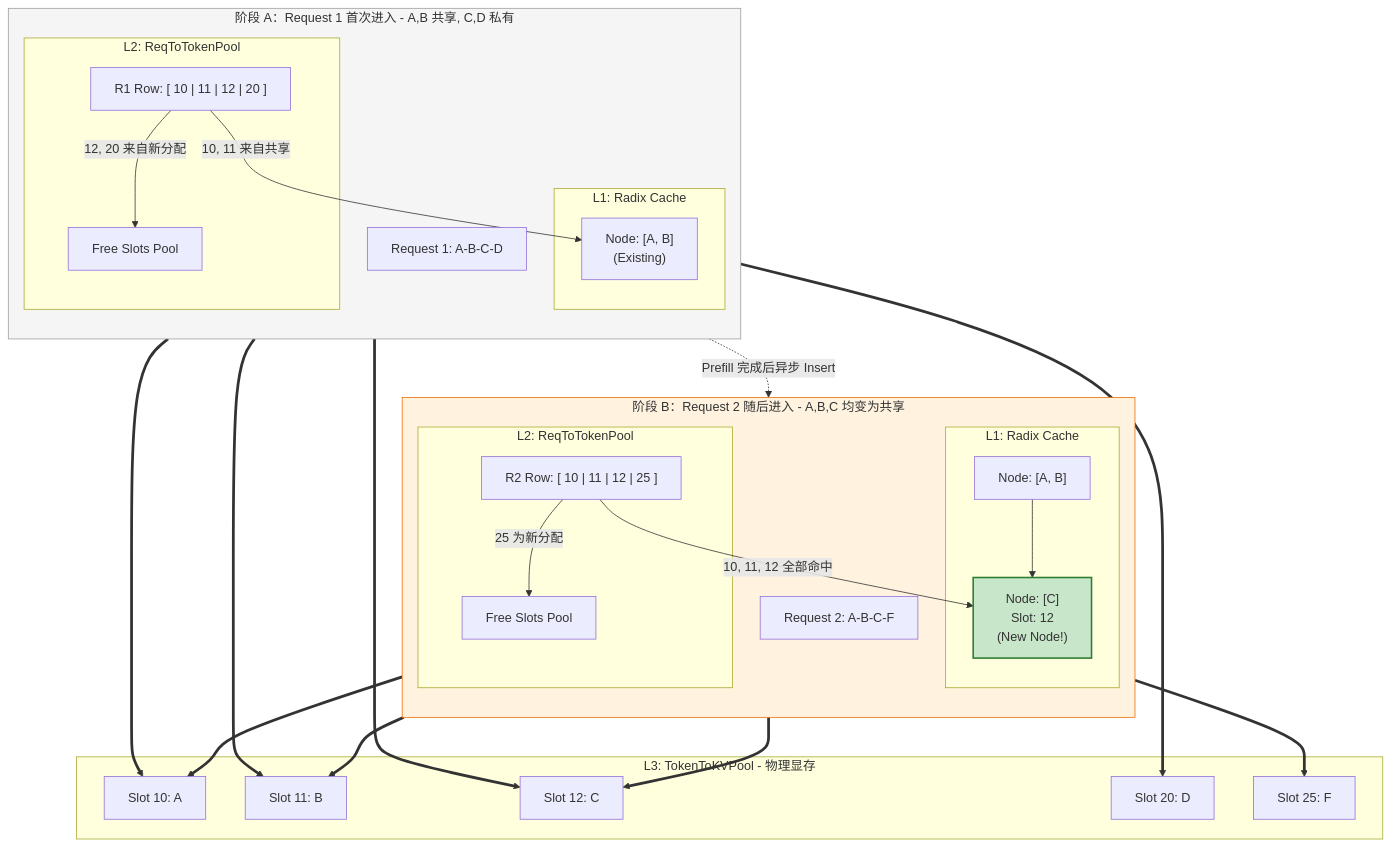
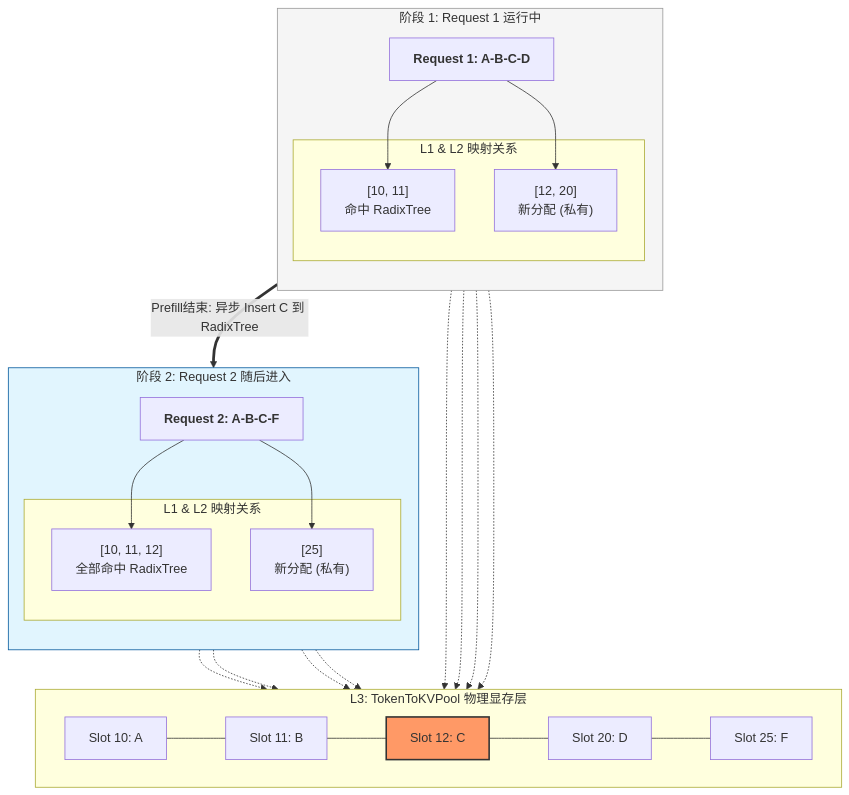
The second of 2 diagrams in sglang/scheduler/readme.md (KuangjuX/Awesome-ML-SYS-Tutorial), drawn with Mermaid before and after one commit.

Commit message:
use mermaid

````diff
--- a/sglang/scheduler/readme.md
+++ b/sglang/scheduler/readme.md
@@ -294,57 +294,50 @@
 ```mermaid
 graph TD
-    %% 阶段 A：R1 的开荒过程
-    subgraph Phase_A [阶段 A：Request 1 首次进入 - A,B 共享, C,D 私有]
-        direction TB
-        R1_Input[Request 1: A-B-C-D]
-        
-        subgraph L1_A [L1: Radix Cache]
-            Node_AB["Node: [A, B]<br/>(Existing)"]
-        end
-
-        subgraph L2_A [L2: ReqToTokenPool]
-            R1_Row["R1 Row: [ 10 | 11 | 12 | 20 ]"]
-            R1_Row -- "10, 11 来自共享" --> Node_AB
-            R1_Row -- "12, 20 来自新分配" --> Free_Pool[Free Slots Pool]
-        end
+    %% 定义物理池作为基座
+    subgraph L3 [L3: TokenToKVPool 物理显存层]
+        direction LR
+        S10[Slot 10: A] --- S11[Slot 11: B] --- S12[Slot 12: C] --- S20[Slot 20: D] --- S25[Slot 25: F]
     end
 
-    %% 异步插入动作
-    R1_Row -.->|Prefill 完成后异步 Insert| Node_C
-
-    %% 阶段 B：R2 的复用过程
-    subgraph Phase_B [阶段 B：Request 2 随后进入 - A,B,C 均变为共享]
+    %% 阶段一：R1 开荒
+    subgraph Step1 [阶段 1: Request 1 运行中]
         direction TB
-        R2_Input[Request 2: A-B-C-F]
-
-        subgraph L1_B [L1: Radix Cache]
-            Node_AB_New["Node: [A, B]"]
-            Node_C["Node: [C]<br/>Slot: 12<br/>(New Node!)"]
-            Node_AB_New --> Node_C
+        R1_Logic["<b>Request 1: A-B-C-D</b>"]
+        
+        subgraph R1_Mapping [L1 & L2 映射关系]
+            M1["[10, 11] <br/>命中 RadixTree"] 
+            M2["[12, 20] <br/>新分配 (私有)"]
         end
-
-        subgraph L2_B [L2: ReqToTokenPool]
-            R2_Row["R2 Row: [ 10 | 11 | 12 | 25 ]"]
-            R2_Row -- "10, 11, 12 全部命中" --> Node_C
-            R2_Row -- "25 为新分配" --> Free_Pool_B[Free Slots Pool]
-        end
+        
+        R1_Logic --> M1
+        R1_Logic --> M2
     end
 
-    %% 物理层
-    subgraph L3 [L3: TokenToKVPool - 物理显存]
-        S10[Slot 10: A]
-        S11[Slot 11: B]
-        S12[Slot 12: C]
-        S20[Slot 20: D]
-        S25[Slot 25: F]
+    %% 核心转换动作
+    Step1 == "Prefill结束: 异步 Insert C 到 RadixTree" ==> Step2
+
+    %% 阶段二：R2 复用
+    subgraph Step2 [阶段 2: Request 2 随后进入]
+        direction TB
+        R2_Logic["<b>Request 2: A-B-C-F</b>"]
+        
+        subgraph R2_Mapping [L1 & L2 映射关系]
+            M3["[10, 11, 12] <br/>全部命中 RadixTree"]
+            M4["[25] <br/>新分配 (私有)"]
+        end
+        
+        R2_Logic --> M3
+        R2_Logic --> M4
     end
 
-    %% 物理映射关系
-    R1_Row ==> S10 & S11 & S12 & S20
-    R2_Row ==> S10 & S11 & S12 & S25
+    %% 映射到物理层
+    M1 -.-> S10 & S11
+    M2 -.-> S12 & S20
+    M3 -.-> S10 & S11 & S12
+    M4 -.-> S25
 
-    %% 样式
-    style Node_C fill:#c8e6c9,stroke:#2e7d32,stroke-width:2px
-    style Phase_A fill:#f5f5f5,stroke:#9e9e9e
-    style Phase_B fill:#fff3e0,stroke:#ef6c00
+    %% 样式美化
+    style S12 fill:#f96,stroke:#333,stroke-width:2px
+    style Step1 fill:#f5f5f5,stroke:#999
+    style Step2 fill:#e1f5fe,stroke:#01579b
 ```
````
